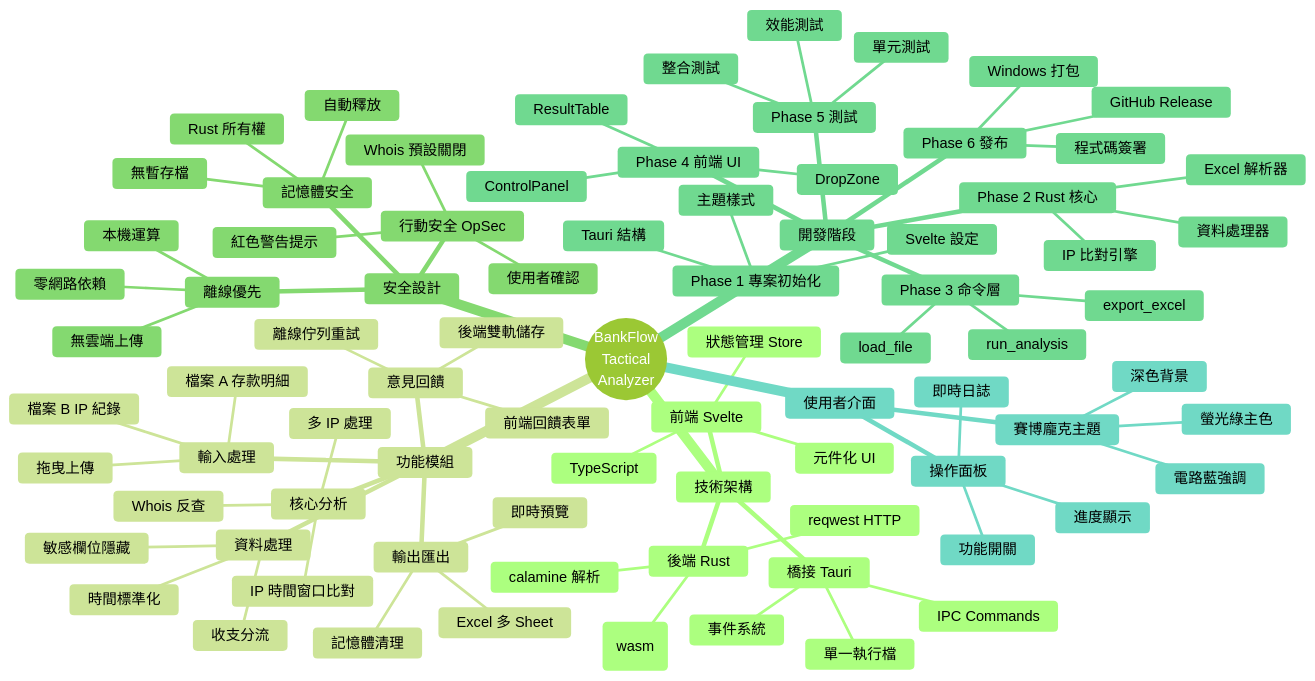
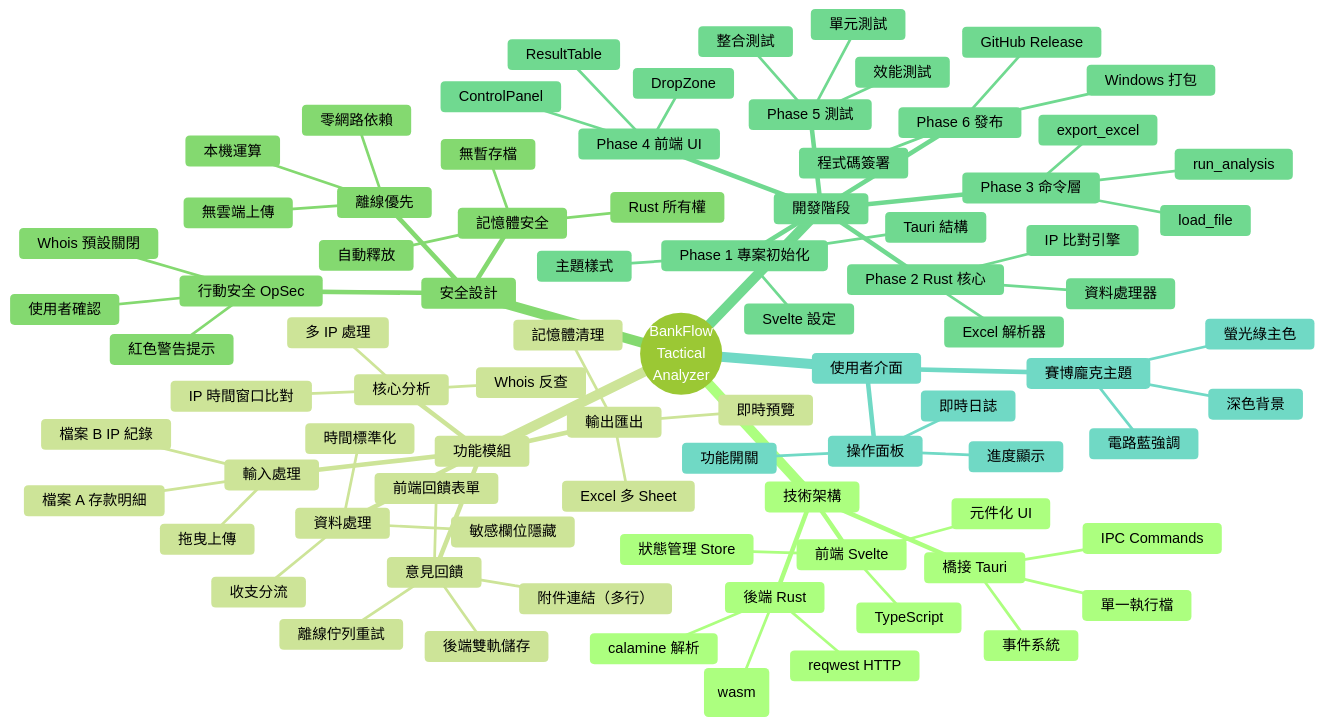
One commit to Birdman1972/BankFlow-Tactical-Analyzer changed the first of 4 diagrams in docs/PROJECT.md. Above: the diagram before and after it, drawn with Mermaid (forest theme). The commit also changed 14 other files, not shown here.

```diff
--- a/docs/PROJECT.md
+++ b/docs/PROJECT.md
@@ -101,6 +101,7 @@
         前端回饋表單
         離線佇列重試
         後端雙軌儲存
+        附件連結（多行）
     安全設計
       離線優先
         本機運算
```
